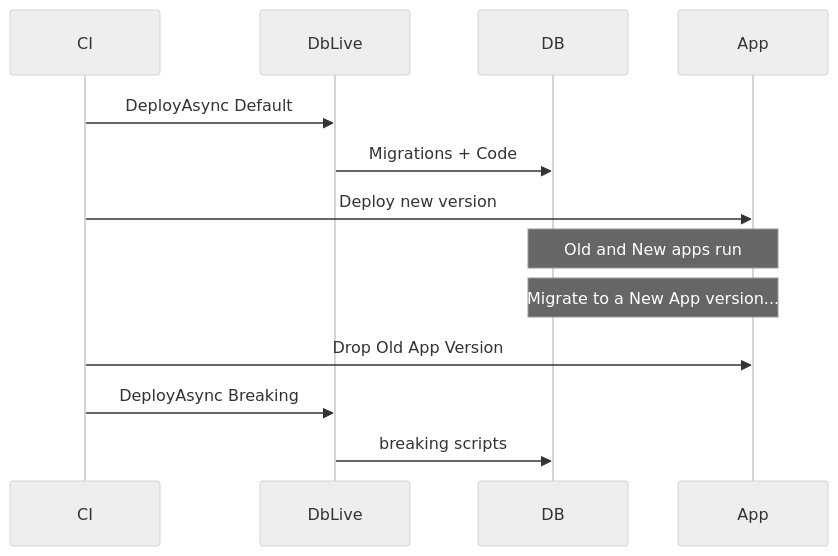
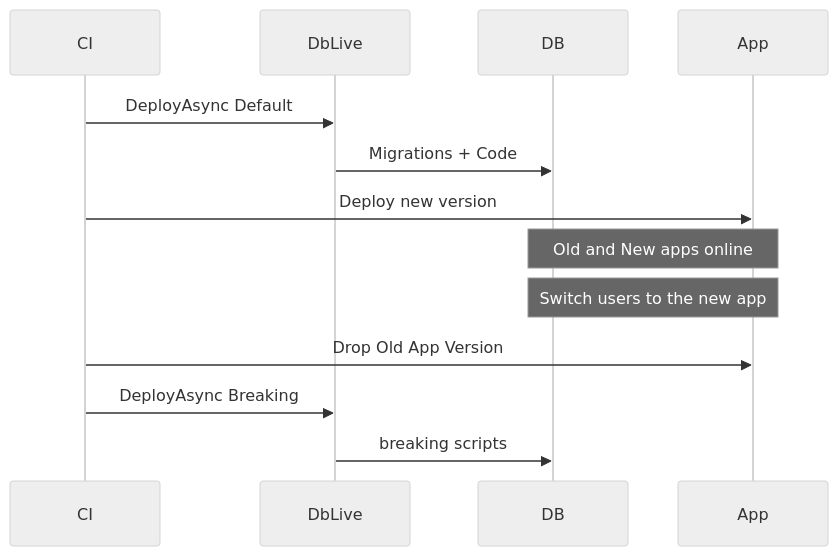
One commit to zacoders/DbLive changed the second of 2 diagrams in docs/philosophy.md. Above: the diagram before and after it, drawn with Mermaid (neutral theme). The commit also changed other lines of this file and 13 other files, not shown here.

````diff
--- a/docs/philosophy.md
+++ b/docs/philosophy.md
@@ -224,15 +163,15 @@
 ```mermaid
 sequenceDiagram
     participant CI
     participant DbLive
     participant DB
     participant App
     CI->>DbLive: DeployAsync Default
     DbLive->>DB: Migrations + Code
     CI->>App: Deploy new version
-    Note over App,DB: Old and New apps run
-    Note over App,DB: Migrate to a New App version...
+    Note over App,DB: Old and New apps online
+    Note over App,DB: Switch users to the new app
     CI->>App: Drop Old App Version
     CI->>DbLive: DeployAsync Breaking
     DbLive->>DB: breaking scripts
 ```
````
